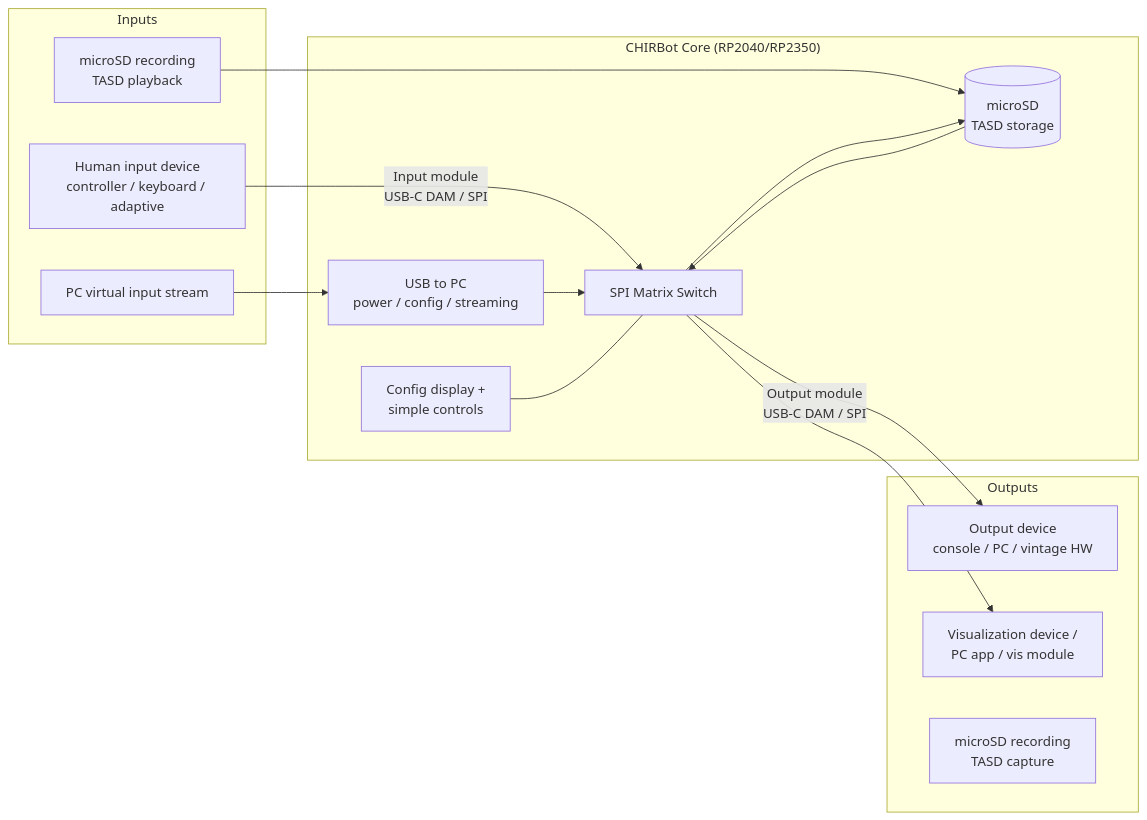
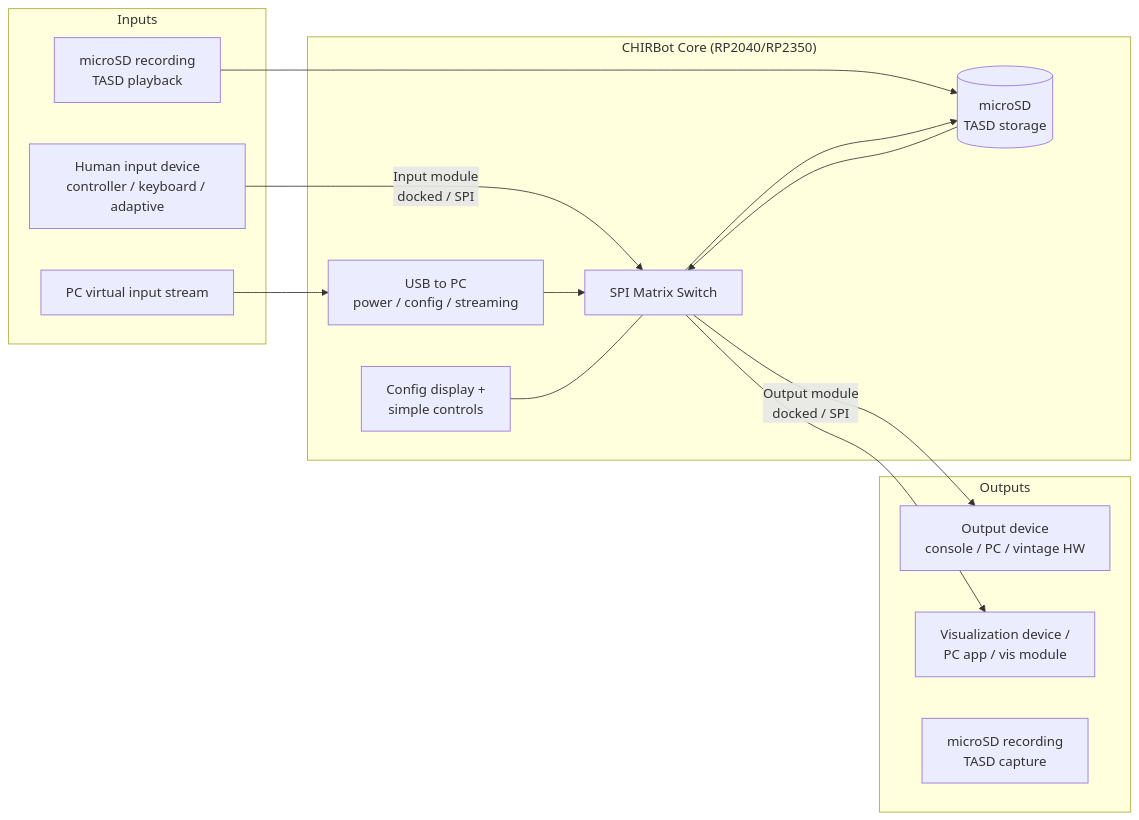
The diagram in docs/ARCHITECTURE.md (Fortinbra/CHIRBot), drawn with Mermaid before and after one commit. The commit also changed other lines of this file and 7 other files, not shown here.

Commit message:
Refine architecture and documentation for module docking and SPI transport

````diff
--- a/docs/ARCHITECTURE.md
+++ b/docs/ARCHITECTURE.md
@@ -31,29 +31,29 @@
 ```mermaid
 flowchart LR
     subgraph Inputs
         HID[Human input device<br/>controller / keyboard / adaptive]
         PC_IN[PC virtual input stream]
         SD_IN[microSD recording<br/>TASD playback]
     end
 
     subgraph Core["CHIRBot Core (RP2040/RP2350)"]
         MATRIX[SPI Matrix Switch]
         DISP[Config display +<br/>simple controls]
         SD[(microSD<br/>TASD storage)]
         USB[USB to PC<br/>power / config / streaming]
     end
 
     subgraph Outputs
         OUT[Output device<br/>console / PC / vintage HW]
         VIS[Visualization device /<br/>PC app / vis module]
         SD_OUT[microSD recording<br/>TASD capture]
     end
 
-    HID -->|Input module<br/>USB-C DAM / SPI| MATRIX
+    HID -->|Input module<br/>docked / SPI| MATRIX
     PC_IN --> USB --> MATRIX
     SD_IN --> SD --> MATRIX
-    MATRIX -->|Output module<br/>USB-C DAM / SPI| OUT
+    MATRIX -->|Output module<br/>docked / SPI| OUT
     MATRIX --> VIS
     MATRIX --> SD
     DISP --- MATRIX
 ```
````
